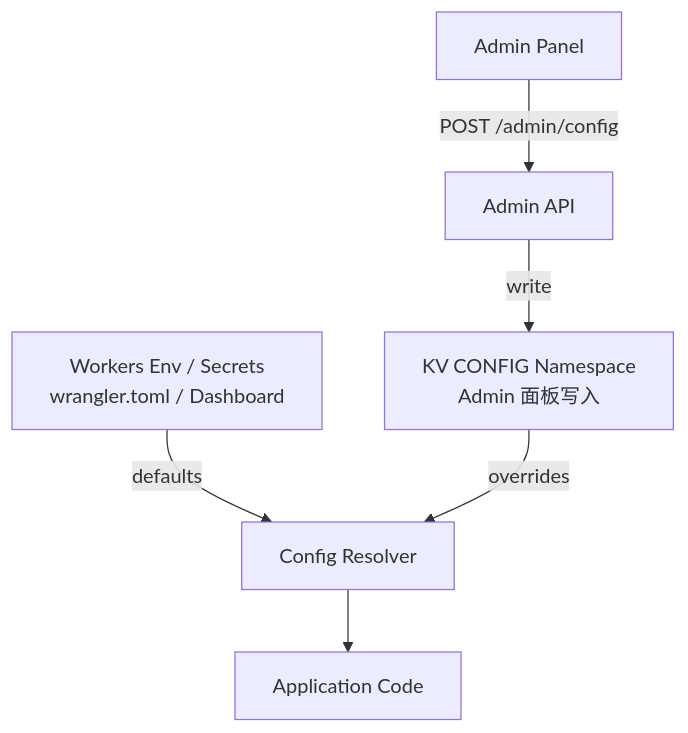
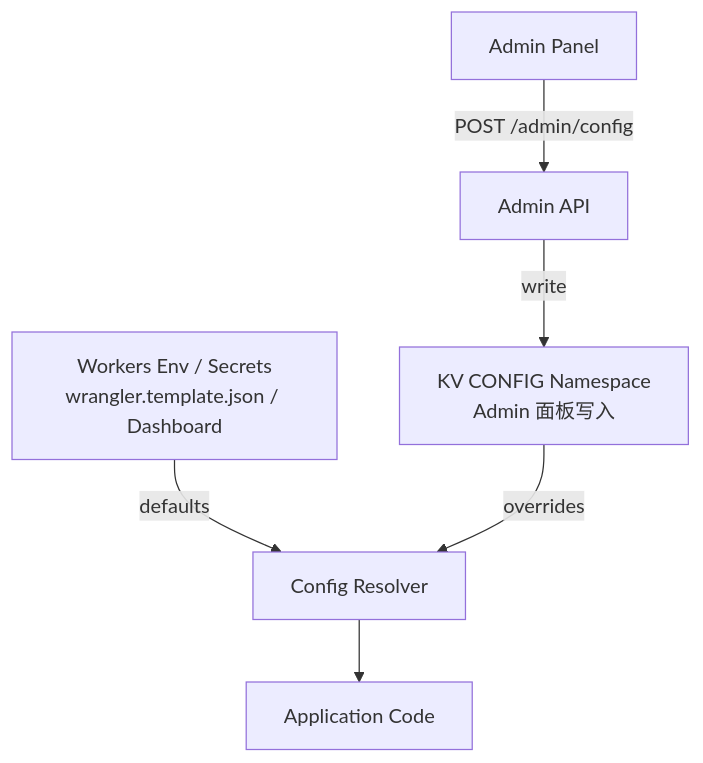
One commit to QinYangWang/honowarden changed the diagram in docs/Configuration.md. Above: the diagram before and after it, drawn with Mermaid. The commit also changed other lines of this file and 17 other files, not shown here.

````diff
--- a/docs/Configuration.md
+++ b/docs/Configuration.md
@@ -15,9 +15,9 @@
 ```mermaid
 graph TD
-    Env[Workers Env / Secrets<br/>wrangler.toml / Dashboard] -->|defaults| Resolver
+    Env[Workers Env / Secrets<br/>wrangler.template.json / Dashboard] -->|defaults| Resolver
     KV[KV CONFIG Namespace<br/>Admin 面板写入] -->|overrides| Resolver
     Resolver[Config Resolver] --> App[Application Code]
 
     Admin[Admin Panel] -->|POST /admin/config| API[Admin API]
     API -->|write| KV
 ```
````
